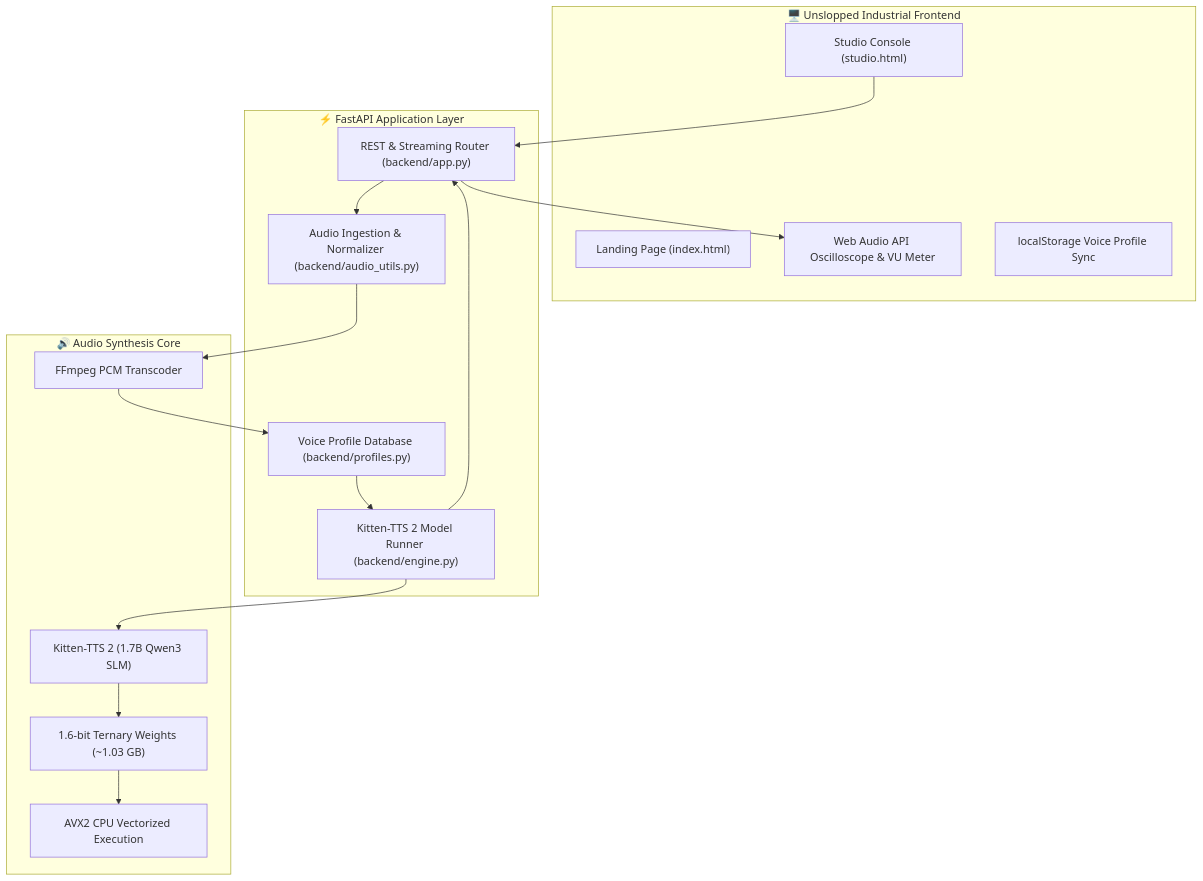
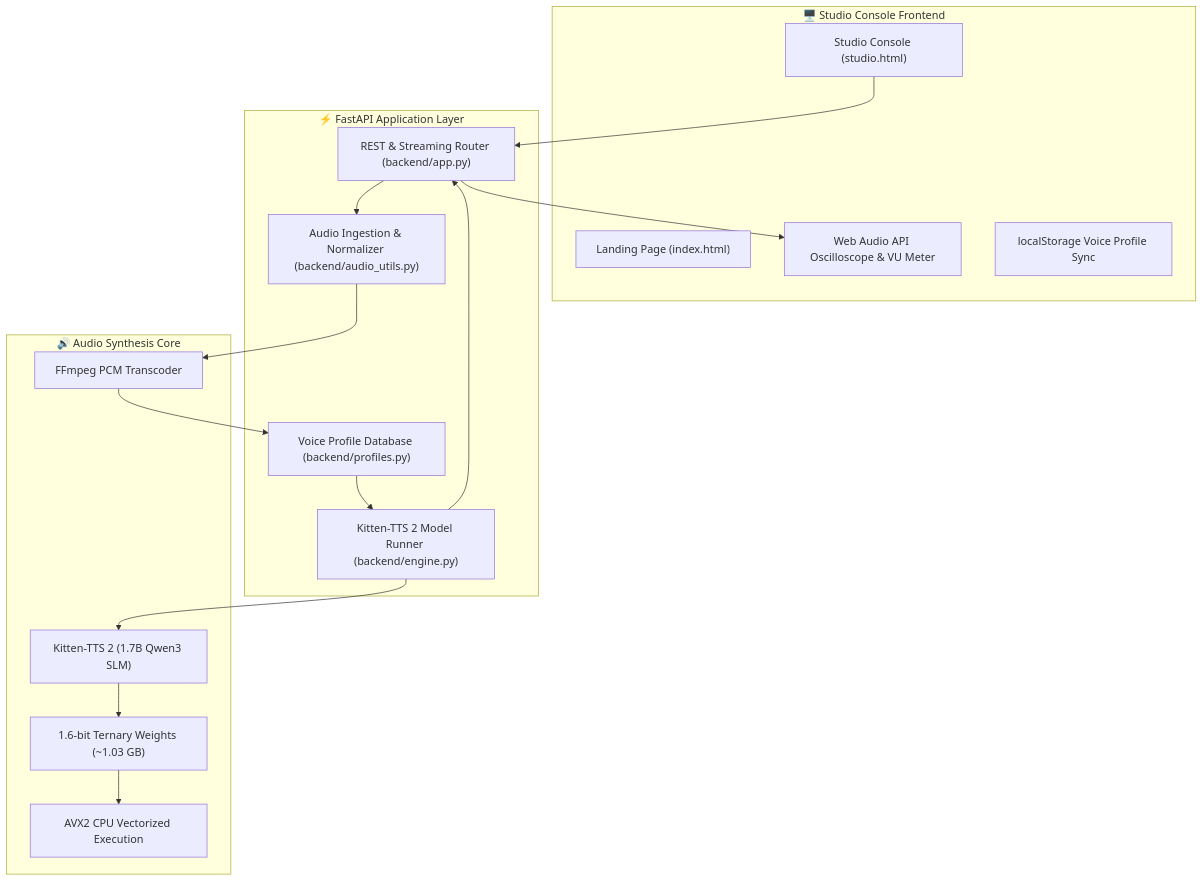
One commit to SahooShuvranshu/KittenTTS-Studio changed the first of 2 diagrams in ARCHITECTURE.md. Above: the diagram before and after it, drawn with Mermaid. The commit also changed other lines of this file and 9 other files, not shown here.

````diff
--- a/ARCHITECTURE.md
+++ b/ARCHITECTURE.md
@@ -9,34 +9,34 @@
 ```mermaid
 flowchart TD
-    subgraph Client["🖥️ Unslopped Industrial Frontend"]
+    subgraph Client["🖥️ Studio Console Frontend"]
         Landing["Landing Page (index.html)"]
         Studio["Studio Console (studio.html)"]
         Oscilloscope["Web Audio API Oscilloscope & VU Meter"]
         StorageState["localStorage Voice Profile Sync"]
     end
 
     subgraph Backend["⚡ FastAPI Application Layer"]
         Router["REST & Streaming Router (backend/app.py)"]
         AudioPipeline["Audio Ingestion & Normalizer (backend/audio_utils.py)"]
         ProfileManager["Voice Profile Database (backend/profiles.py)"]
         Engine["Kitten-TTS 2 Model Runner (backend/engine.py)"]
     end
 
     subgraph AudioEngine["🔊 Audio Synthesis Core"]
         FFmpeg["FFmpeg PCM Transcoder"]
         KittenCore["Kitten-TTS 2 (1.7B Qwen3 SLM)"]
         Ternary["1.6-bit Ternary Weights (~1.03 GB)"]
         AVX2["AVX2 CPU Vectorized Execution"]
     end
 
     Studio --> Router
     Router --> AudioPipeline
     AudioPipeline --> FFmpeg
     FFmpeg --> ProfileManager
     ProfileManager --> Engine
     Engine --> KittenCore
     KittenCore --> Ternary
     Ternary --> AVX2
     Engine --> Router
     Router --> Oscilloscope
 ```
````
